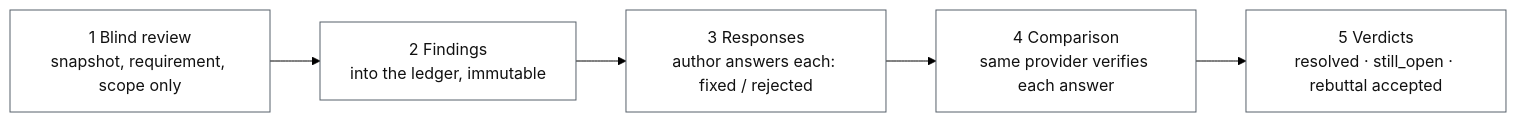
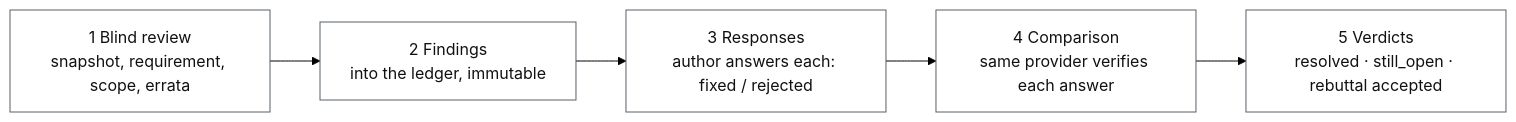
The second of 4 diagrams in docs/overview.md (fengjiachun/review-bridge), drawn with Mermaid (forest theme) before and after one commit. The commit also changed other lines of this file and 1 other file, not shown here.

````diff
--- a/docs/overview.md
+++ b/docs/overview.md
@@ -157,9 +157,9 @@
 ```mermaid
 flowchart LR
-  A["1 Blind review<br/>snapshot, requirement, scope only"] --> B["2 Findings<br/>into the ledger, immutable"]
+  A["1 Blind review<br/>snapshot, requirement, scope, errata"] --> B["2 Findings<br/>into the ledger, immutable"]
   B --> C["3 Responses<br/>author answers each: fixed / rejected"]
   C --> D["4 Comparison<br/>same provider verifies each answer"]
   D --> E["5 Verdicts<br/>resolved · still_open · rebuttal accepted"]
   classDef n fill:#ffffff,stroke:#57606a,stroke-width:1px,color:#111111;
   class A,B,C,D,E n;
 ```
````
